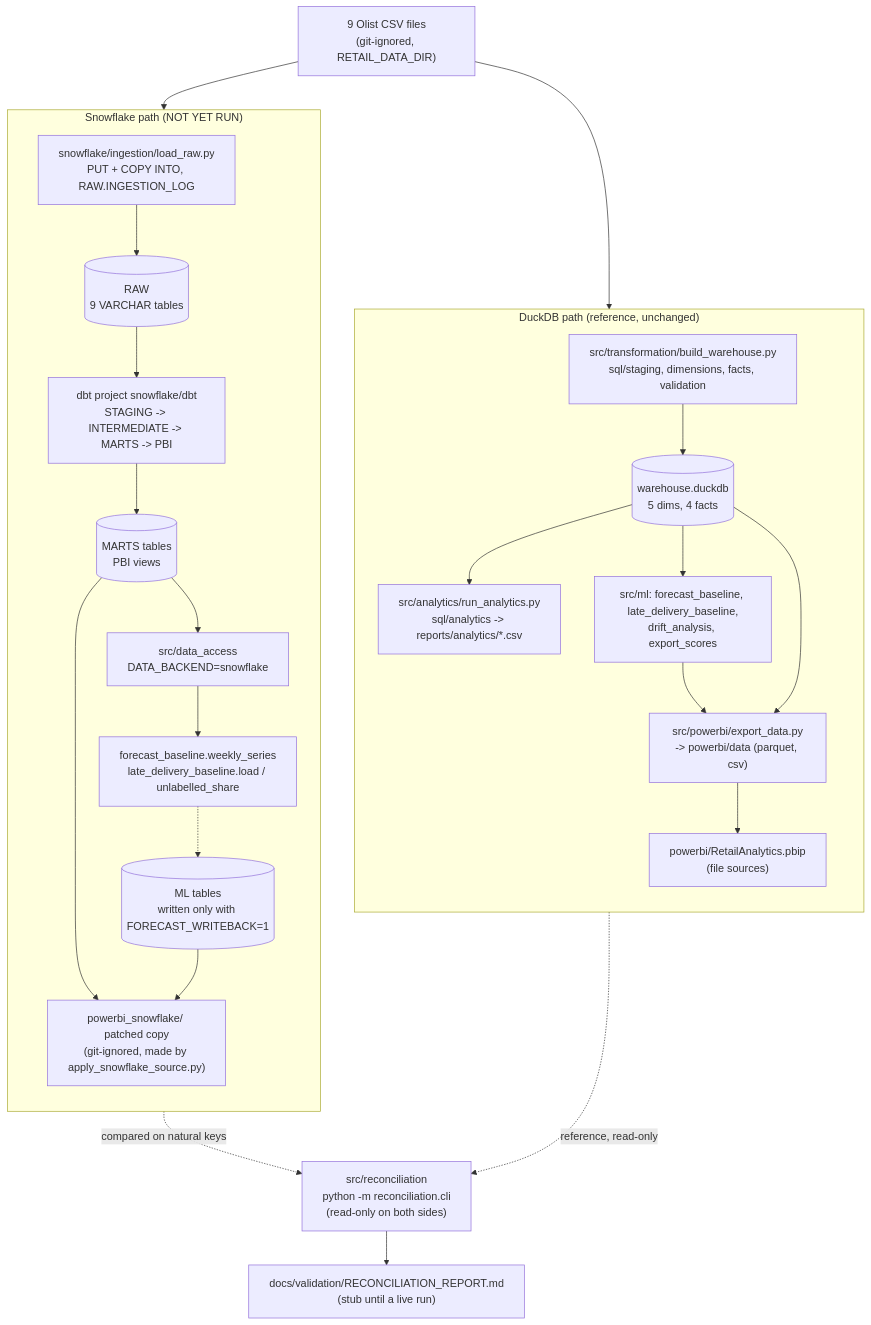
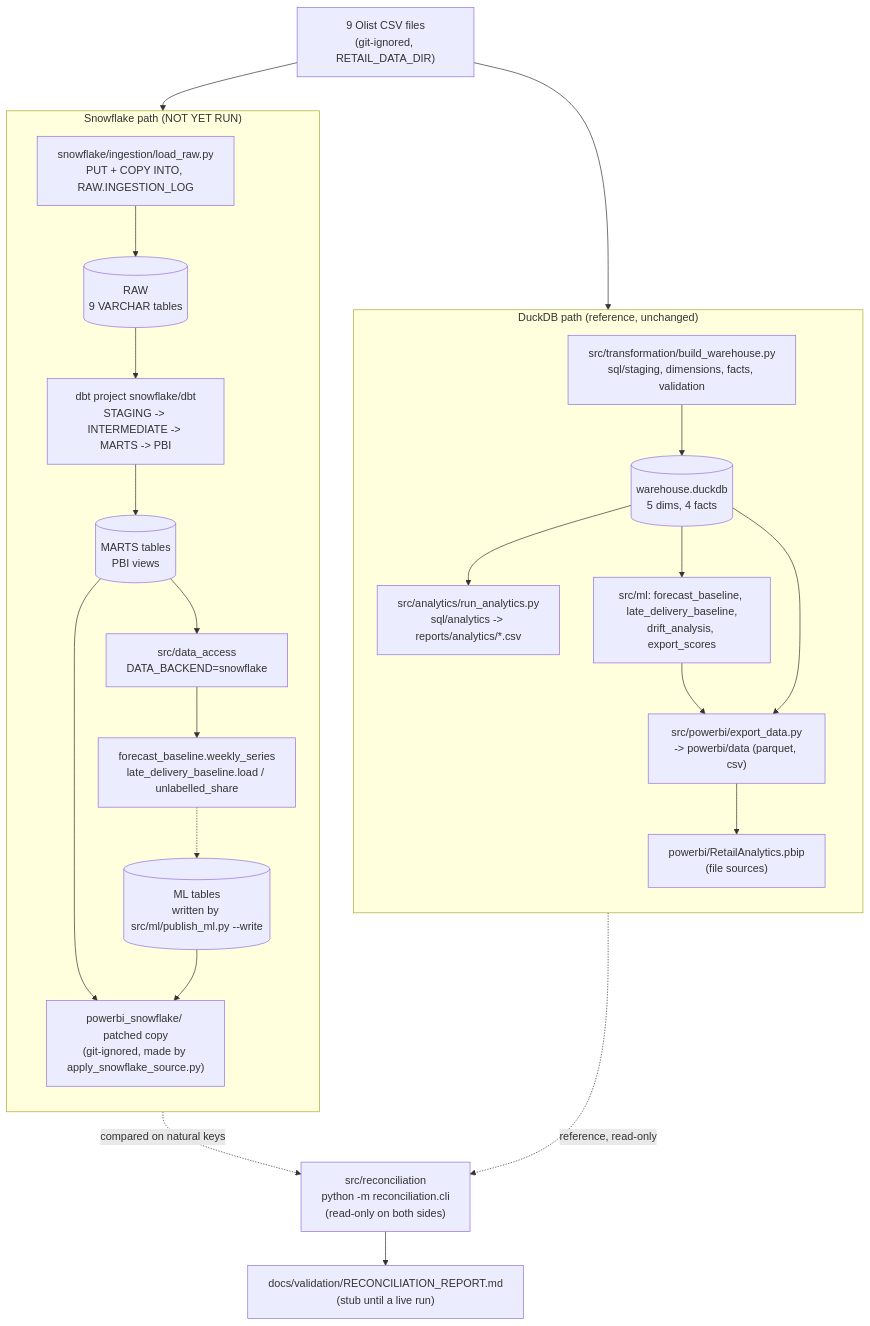
Before and after one commit to garcane/Retail-Analytics-Forecasting-Customer-Intelligence: the first of 5 diagrams in docs/architecture/SNOWFLAKE_ARCHITECTURE.md, drawn with Mermaid. The commit also changed other lines of this file and 18 other files, not shown here.

````diff
--- a/docs/architecture/SNOWFLAKE_ARCHITECTURE.md
+++ b/docs/architecture/SNOWFLAKE_ARCHITECTURE.md
@@ -13,48 +13,48 @@
 ```mermaid
 flowchart TB
   CSV["9 Olist CSV files<br/>(git-ignored, RETAIL_DATA_DIR)"]
 
   subgraph DUCK["DuckDB path (reference, unchanged)"]
     direction TB
     BW["src/transformation/build_warehouse.py<br/>sql/staging, dimensions, facts, validation"]
     WH[("warehouse.duckdb<br/>5 dims, 4 facts")]
     AN["src/analytics/run_analytics.py<br/>sql/analytics -> reports/analytics/*.csv"]
     PYD["src/ml: forecast_baseline, late_delivery_baseline,<br/>drift_analysis, export_scores"]
     EXP["src/powerbi/export_data.py<br/>-> powerbi/data (parquet, csv)"]
     PBIF["powerbi/RetailAnalytics.pbip<br/>(file sources)"]
     BW --> WH
     WH --> AN
     WH --> PYD
     PYD --> EXP
     WH --> EXP
     EXP --> PBIF
   end
 
   subgraph SNOW["Snowflake path (NOT YET RUN)"]
     direction TB
     LOAD["snowflake/ingestion/load_raw.py<br/>PUT + COPY INTO, RAW.INGESTION_LOG"]
     RAW[("RAW<br/>9 VARCHAR tables")]
     DBT["dbt project snowflake/dbt<br/>STAGING -> INTERMEDIATE -> MARTS -> PBI"]
     MARTS[("MARTS tables<br/>PBI views")]
     DA["src/data_access<br/>DATA_BACKEND=snowflake"]
     PYS["forecast_baseline.weekly_series<br/>late_delivery_baseline.load / unlabelled_share"]
-    ML[("ML tables<br/>written only with FORECAST_WRITEBACK=1")]
+    ML[("ML tables<br/>written by src/ml/publish_ml.py --write")]
     PBIS["powerbi_snowflake/ patched copy<br/>(git-ignored, made by apply_snowflake_source.py)"]
     LOAD --> RAW
     RAW --> DBT
     DBT --> MARTS
     MARTS --> DA
     DA --> PYS
     PYS -.-> ML
     MARTS --> PBIS
     ML --> PBIS
   end
 
   REC["src/reconciliation<br/>python -m reconciliation.cli<br/>(read-only on both sides)"]
 
   CSV --> BW
   CSV --> LOAD
   WH -. "reference, read-only" .-> REC
   MARTS -. "compared on natural keys" .-> REC
   REC --> RPT["docs/validation/RECONCILIATION_REPORT.md<br/>(stub until a live run)"]
 ```
````
